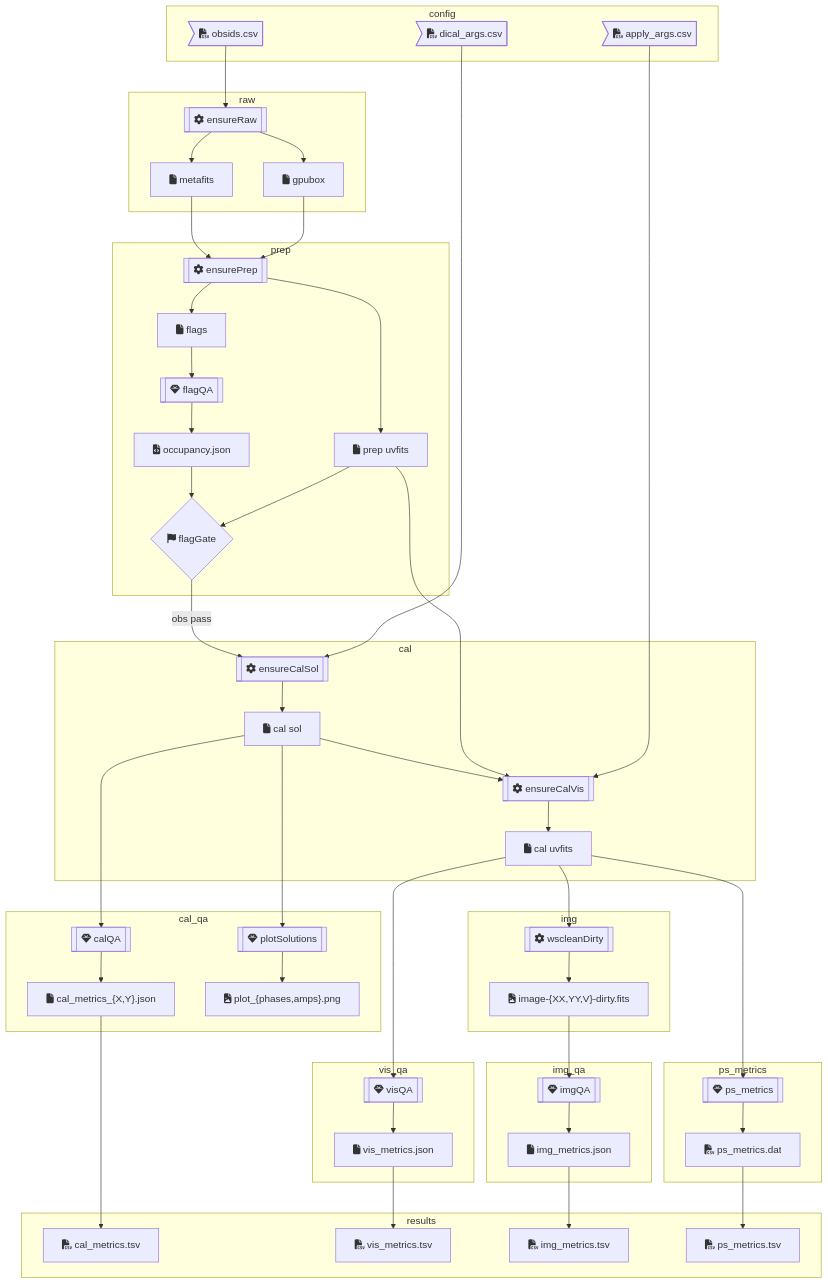
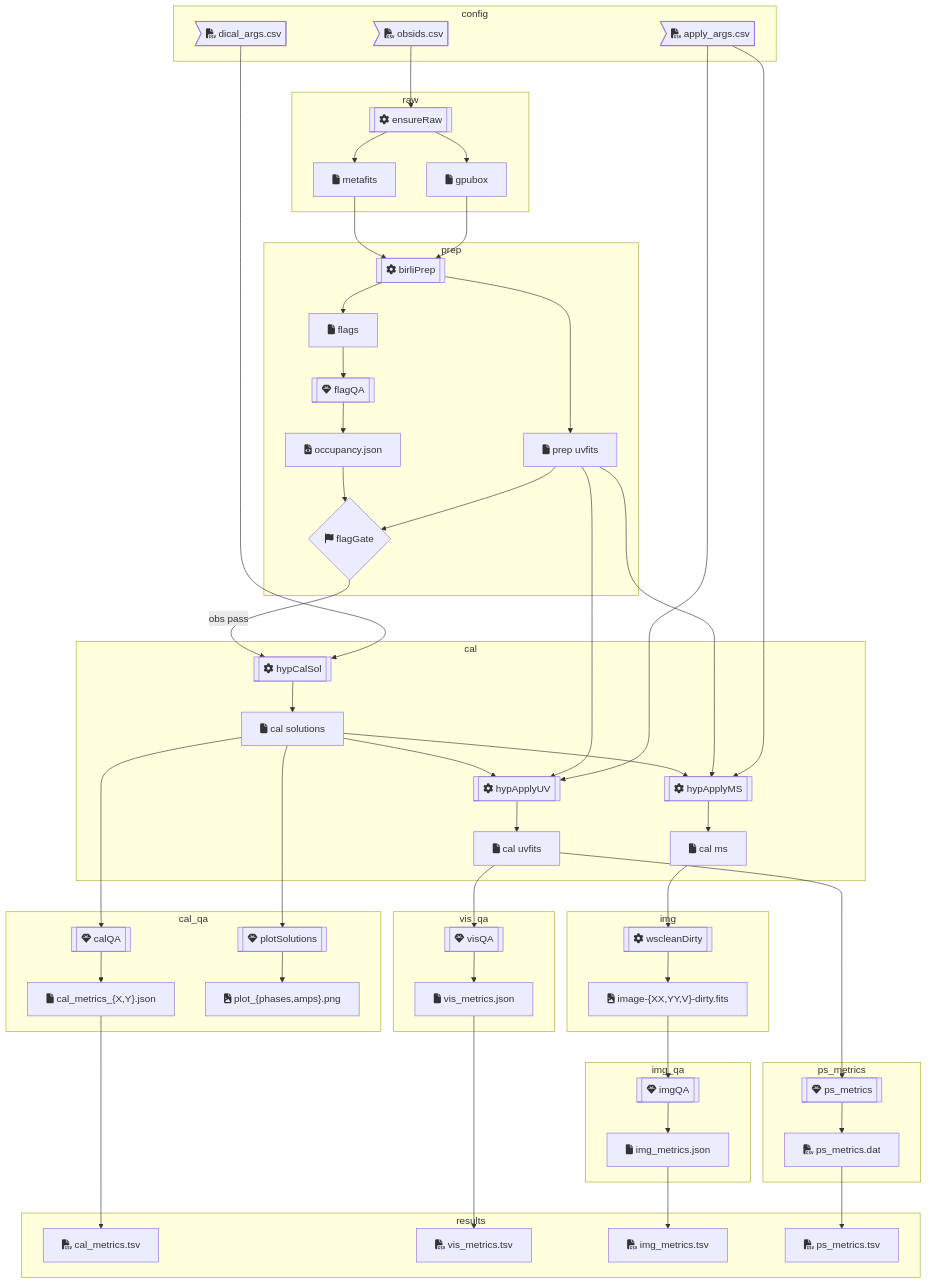
Before and after one commit to MWATelescope/MWAEoR-Pipeline: the diagram in README.md, drawn with Mermaid. The commit also changed other lines of this file and 1 other file, not shown here.

Commit message:
calQA parallel, hypApplyMS, birliPrep - calQA: do X and Y in parallel - rename ensurePrep -> birliPrep - rename ensureCal -> HypCalSol - rename ensureVis -> HypApplyUV - add hypApplyMS - pipe hypApplyMS directly into wsclean

````diff
--- a/README.md
+++ b/README.md
@@ -23,12 +23,12 @@
       %% class metafitsJson partial
 
       %% ensureRaw
-      ensureRaw[[fa:fa-cog ensureRaw ]]
+      ensureRaw[["fa:fa-cog ensureRaw "]]
       obsids --> ensureRaw
       ensureRaw --> metafits
       ensureRaw --> gpufits
 
-      %% metafitsStats[[fa:fa-cog metafitsStats ]]
+      %% metafitsStats[["fa:fa-cog metafitsStats "]]
       %% metafits --> metafitsStats
       %% metafitsStats --> metafitsJson
     end
@@ -42,14 +42,14 @@
       %% prepStatsJson[fa:fa-file-code prep_stats.json ]
       %% class prepStatsJson partial
 
-      ensurePrep[[fa:fa-cog ensurePrep ]]
-      metafits --> ensurePrep
-      gpufits --> ensurePrep
-      ensurePrep --> prepUVFits
-      ensurePrep --> flags
-      %% ensurePrep --> prepLog
+      birliPrep[["fa:fa-cog birliPrep "]]
+      metafits --> birliPrep
+      gpufits --> birliPrep
+      birliPrep --> prepUVFits
+      birliPrep --> flags
+      %% birliPrep --> prepLog
 
-      flagQA[[fa:fa-gem flagQA ]]
+      flagQA[["fa:fa-gem flagQA "]]
       %% metafits --> flagQA;
       flags --> flagQA;
       flagQA --> occupancyJson;
@@ -62,30 +62,38 @@
 
 
     subgraph cal
-      calSol[fa:fa-file cal sol ]
+      calSol[fa:fa-file cal solutions ]
       calUVFits[fa:fa-file cal uvfits ]
+      calMS[fa:fa-file cal ms ]
 
-      ensureCalSol[[fa:fa-cog ensureCalSol ]]
-      flagGate --"obs pass"--> ensureCalSol
-      %% prepUVFits --> ensureCalSol
-      %% metafits --> ensureCalSol
-      dicalArgs --> ensureCalSol
-      ensureCalSol --> calSol
+      hypCalSol[["fa:fa-cog hypCalSol "]]
+      flagGate --"obs pass"--> hypCalSol
+      %% prepUVFits --> hypCalSol
+      %% metafits --> hypCalSol
+      dicalArgs --> hypCalSol
+      hypCalSol --> calSol
 
-      ensureCalVis[[fa:fa-cog ensureCalVis ]]
-      calSol --> ensureCalVis
-      prepUVFits --> ensureCalVis
-      %% metafits --> ensureCalVis
-      applyArgs --> ensureCalVis
-      ensureCalVis --> calUVFits
+      hypApplyUV[["fa:fa-cog hypApplyUV "]]
+      calSol --> hypApplyUV
+      prepUVFits --> hypApplyUV
+      %% metafits --> hypApplyUV
+      applyArgs --> hypApplyUV
+      hypApplyUV --> calUVFits
+
+      hypApplyMS[["fa:fa-cog hypApplyMS "]]
+      calSol --> hypApplyMS
+      prepUVFits --> hypApplyMS
+      %% metafits --> hypApplyMS
+      applyArgs --> hypApplyMS
+      hypApplyMS --> calMS
     end
 
     subgraph img
       imgDirty["fa:fa-file-image image-{XX,YY,V}-dirty.fits "]
       %% imgDirtyYY[fa:fa-file-image image-YY-dirty.fits ]
       %% imgDirtyV[fa:fa-file-image image-V-dirty.fits ]
-      %% wscleanDirty
-      calUVFits --> wscleanDirty
+      wscleanDirty[["fa:fa-cog wscleanDirty "]]
+      calMS --> wscleanDirty
       %% metafits --> wscleanDirty
       wscleanDirty --> imgDirty
       %% wscleanDirty --> imgDirtyYY
@@ -93,7 +101,7 @@
     end
 
     subgraph cal_qa
-      calQA[[fa:fa-gem calQA ]]
+      calQA[["fa:fa-gem calQA "]]
       calMetricsJson["fa:fa-file cal_metrics_{X,Y}.json "]
       class calMetricsJson partial
       %% calMetricsXJson[fa:fa-file cal_metrics_x.json ]
@@ -103,6 +111,7 @@
       calQA --> calMetricsJson
       %% calQA --> calMetricsYJson
 
+      plotSolutions[["fa:fa-gem plotSolutions "]]
       plotSol["fa:fa-file-image plot_{phases,amps}.png "]
       %% plotPhases[fa:fa-file-image plot_phases.png ]
       %% plotAmps[fa:fa-file-image plot_amps.png ]
@@ -114,7 +123,7 @@
     end
 
     subgraph vis_qa
-      visQA[[fa:fa-gem visQA ]]
+      visQA[["fa:fa-gem visQA "]]
       visMetricsJson[fa:fa-file vis_metrics.json ]
       class visMetricsJson partial
       calUVFits --> visQA
@@ -122,7 +131,7 @@
     end
 
     subgraph ps_metrics
-      psMetrics[[fa:fa-gem ps_metrics ]]
+      psMetrics[["fa:fa-gem ps_metrics "]]
       calUVFits --> psMetrics
       psMetrics --> psMetricsDat
       psMetricsDat[fa:fa-file-csv ps_metrics.dat ]
@@ -133,6 +142,7 @@
     subgraph img_qa
       imgMetricsJson[fa:fa-file img_metrics.json ]
       class imgMetricsJson partial
+      imgQA[["fa:fa-gem imgQA "]]
       imgDirty --> imgQA
       %% imgDirtyYY --> imgQA
       %% imgDirtyV --> imgQA
@@ -170,9 +180,4 @@
     class psMetricsTsv result
     imgMetricsJson --> imgMetricsTsv
   end
-
-  wscleanDirty[[fa:fa-cog wscleanDirty ]]
-
-  imgQA[[fa:fa-gem imgQA ]]
-  plotSolutions[[fa:fa-gem plotSolutions ]]
 ```
````
